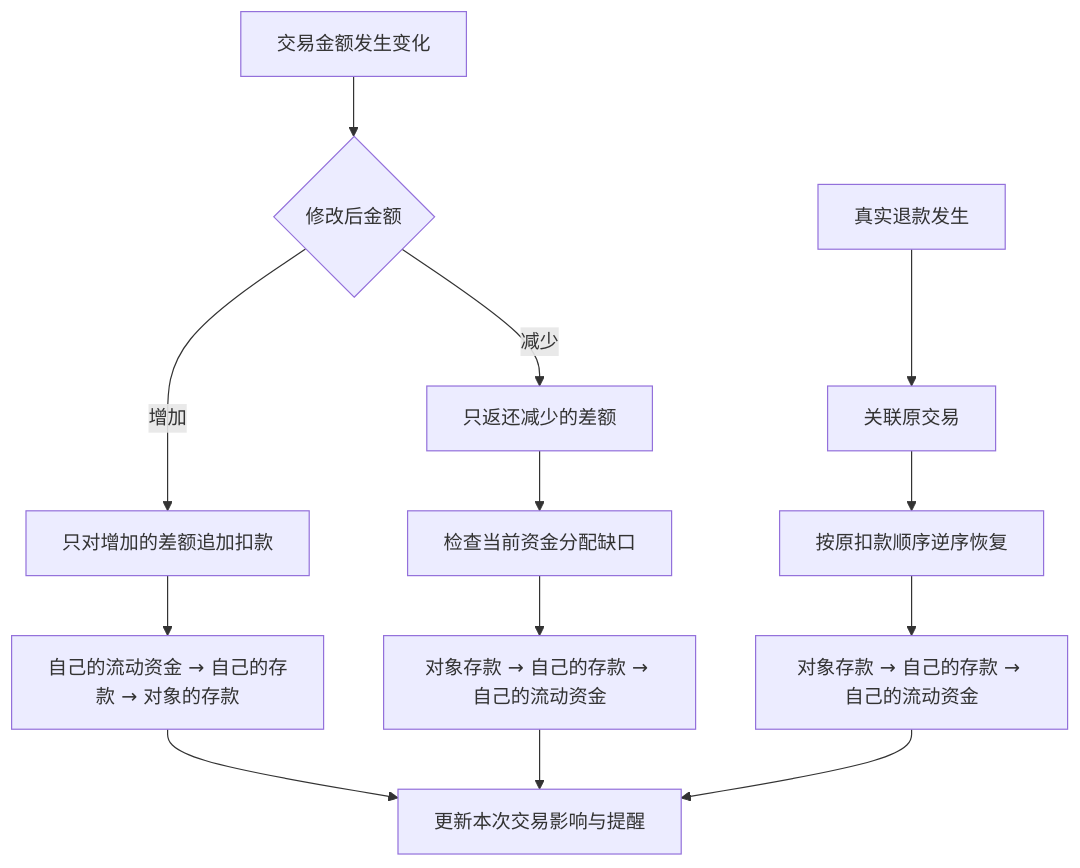
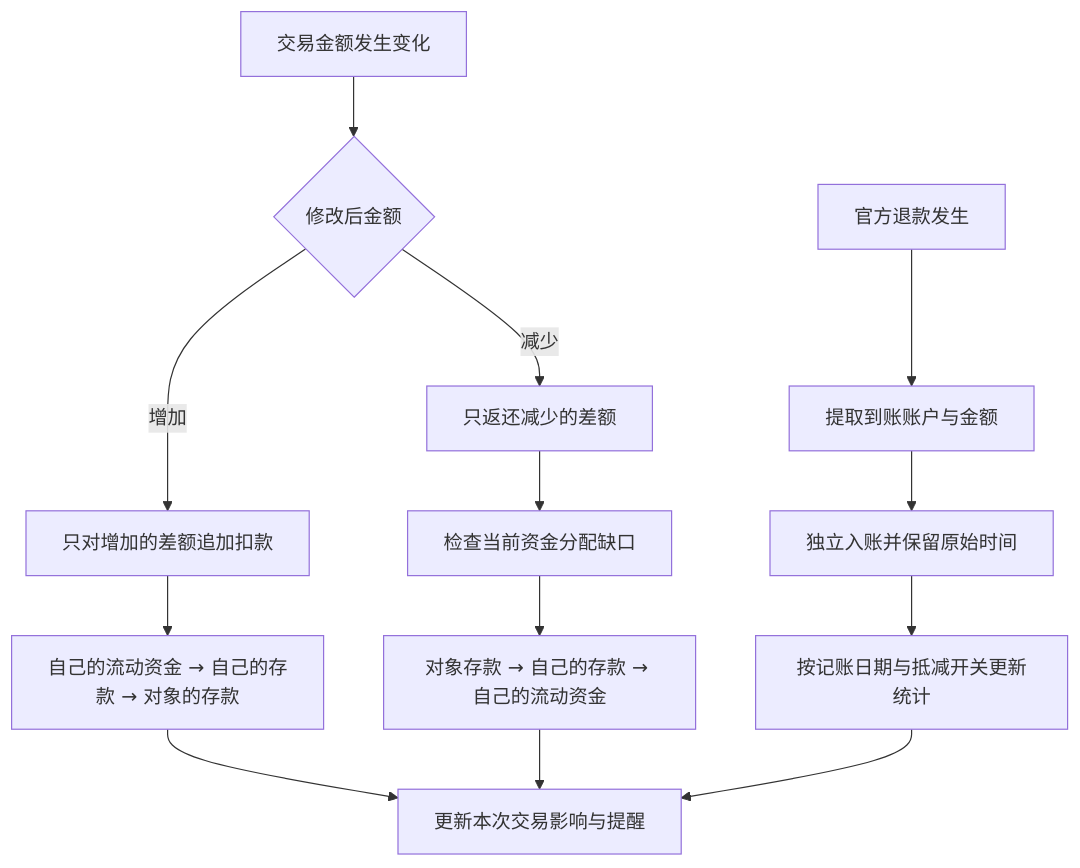
Before and after one commit to AsteriaAnna/ledger-final: the third of 4 diagrams in docs/BUSINESS_RULES_DISCUSSION.md, drawn with Mermaid. The commit also changed other lines of this file and 10 other files, not shown here.

````diff
--- a/docs/BUSINESS_RULES_DISCUSSION.md
+++ b/docs/BUSINESS_RULES_DISCUSSION.md
@@ -465,15 +463,15 @@
 ```mermaid
 flowchart TD
     A["交易金额发生变化"] --> B{"修改后金额"}
     B -->|"增加"| C["只对增加的差额追加扣款"]
     C --> D["自己的流动资金 → 自己的存款 → 对象的存款"]
     B -->|"减少"| E["只返还减少的差额"]
     E --> F["检查当前资金分配缺口"]
     F --> G["对象存款 → 自己的存款 → 自己的流动资金"]
-    H["真实退款发生"] --> I["关联原交易"]
-    I --> J["按原扣款顺序逆序恢复"]
-    J --> K["对象存款 → 自己的存款 → 自己的流动资金"]
+    H["官方退款发生"] --> I["提取到账账户与金额"]
+    I --> J["独立入账并保留原始时间"]
+    J --> K["按记账日期与抵减开关更新统计"]
     D --> L["更新本次交易影响与提醒"]
     G --> L
     K --> L
 ```
````
